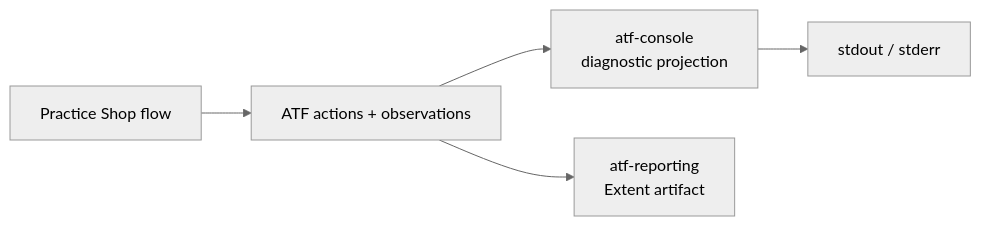
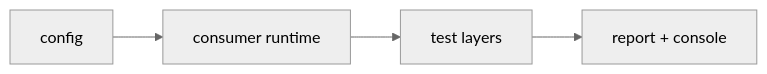
The first of 8 diagrams in atf-test-practice-shop/README.md (crististefanita/demo2), drawn with Mermaid (neutral theme) before and after one commit. The commit also changed other lines of this file and 132 other files, not shown here.

Commit message:
Refine Java ATF reporting assets and Practice Shop validation

````diff
--- a/atf-test-practice-shop/README.md
+++ b/atf-test-practice-shop/README.md
@@ -40,7 +12,6 @@
 ```mermaid
 flowchart LR
-    Flow["Practice Shop flow"] --> Evidence["ATF actions + observations"]
-    Evidence --> Console["atf-console<br/>diagnostic projection"]
-    Evidence --> Report["atf-reporting<br/>Extent artifact"]
-    Console --> Stdout["stdout / stderr"]
+    Config["config"] --> Runtime["consumer runtime"]
+    Runtime --> Pyramid["test layers"]
+    Pyramid --> Evidence["report + console"]
 ```
````
